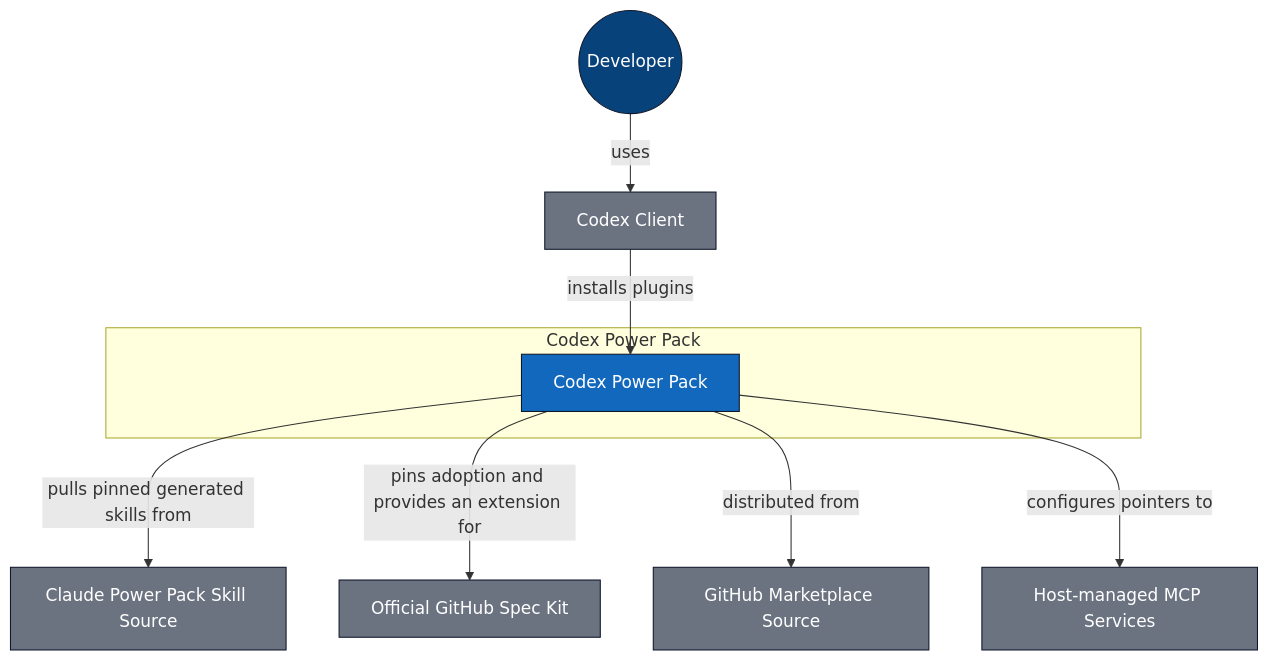
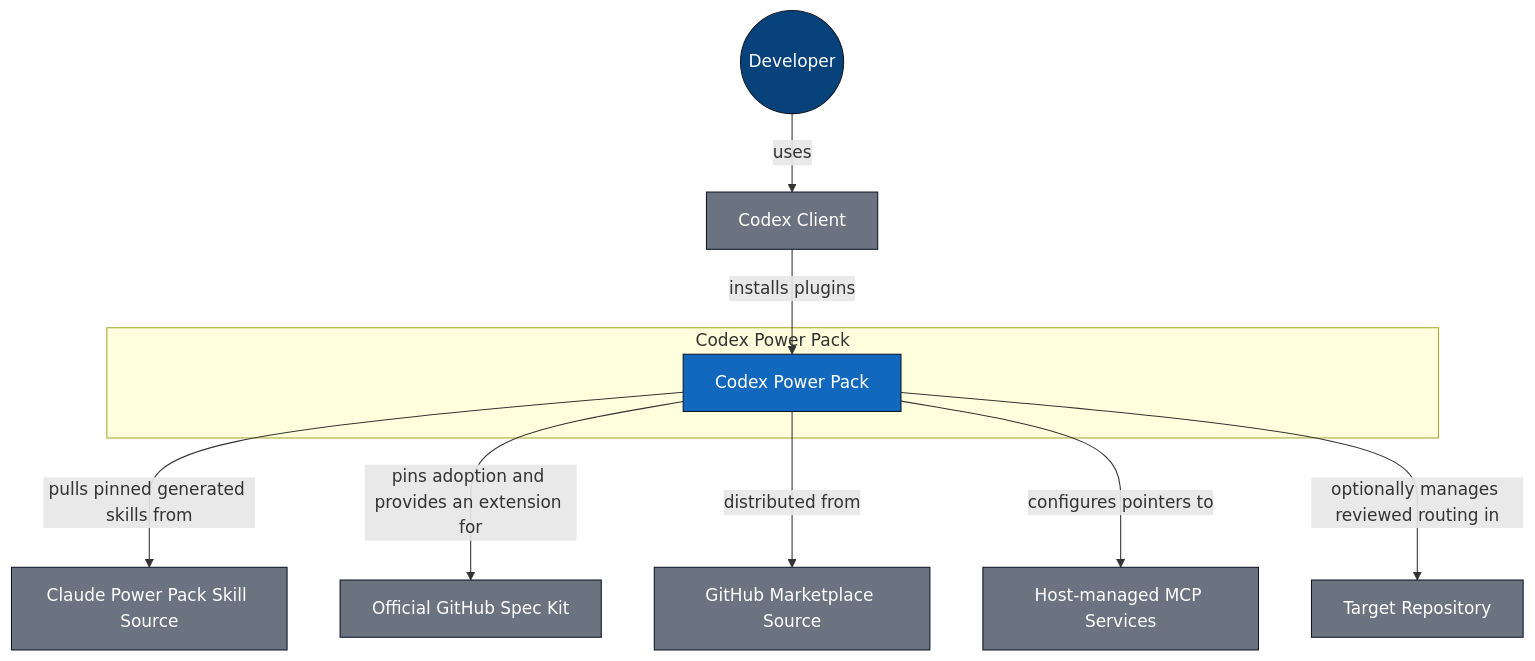
The diagram in docs/architecture/c4-l1-context.mmd (cooneycw/codex-power-pack), drawn with Mermaid before and after one commit. The commit also changed 42 other files, not shown here.

```diff
--- a/docs/architecture/c4-l1-context.mmd
+++ b/docs/architecture/c4-l1-context.mmd
@@ -1,19 +1,21 @@
 flowchart TB
   subgraph cxpp_boundary["Codex Power Pack"]
     cxpp["Codex Power Pack"]:::system_focus
   end
   developer(("Developer")):::person
   codex["Codex Client"]:::system
   cpp["Claude Power Pack Skill Source"]:::system
   spec_kit["Official GitHub Spec Kit"]:::system
   github["GitHub Marketplace Source"]:::system
   host_mcp["Host-managed MCP Services"]:::system
+  target_repository["Target Repository"]:::system
   developer -->|"uses"| codex
   codex -->|"installs plugins"| cxpp
   cxpp -->|"pulls pinned generated skills from"| cpp
   cxpp -->|"pins adoption and provides an extension for"| spec_kit
   cxpp -->|"distributed from"| github
   cxpp -->|"configures pointers to"| host_mcp
+  cxpp -->|"optionally manages reviewed routing in"| target_repository
   classDef person fill:#08427b,color:#ffffff,stroke:#0f172a
   classDef system fill:#6b7280,color:#ffffff,stroke:#0f172a
   classDef system_focus fill:#1168bd,color:#ffffff,stroke:#0f172a
```
